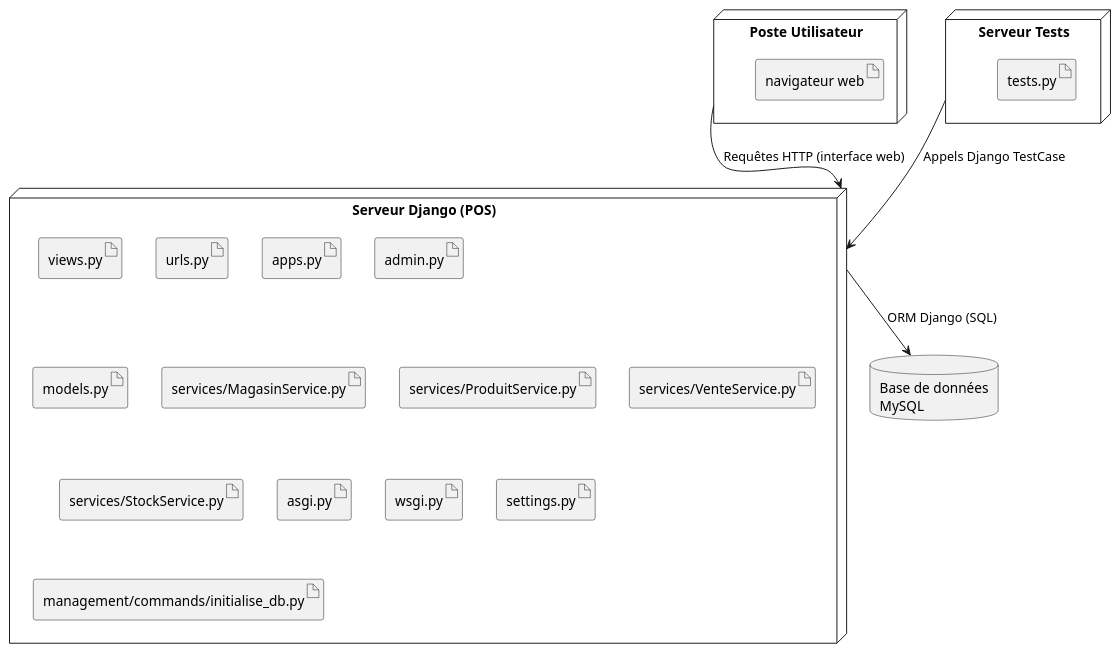
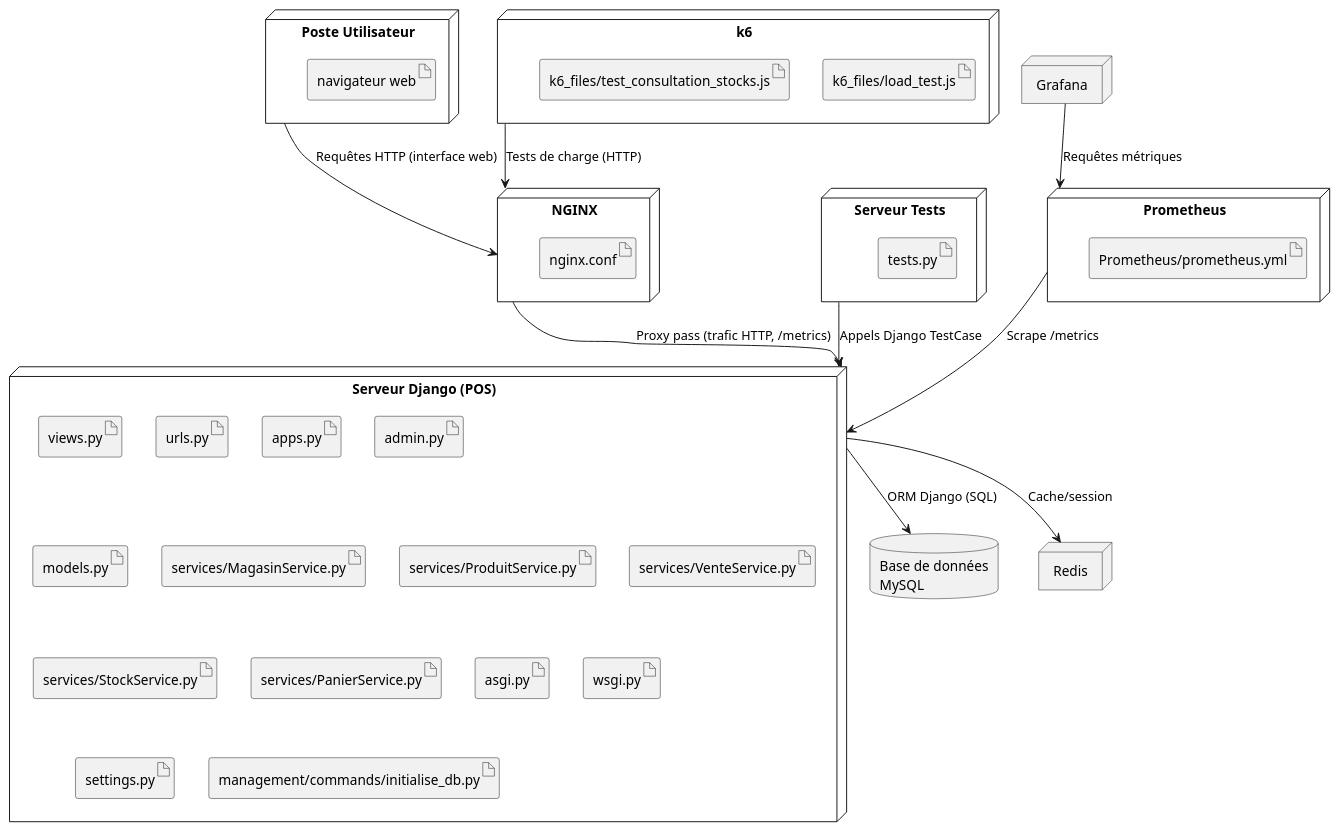
The diagram in docs/UML/VueDeploiement.puml (DylannFontus/Lab0_Log430), drawn with PlantUML before and after one commit. The commit also changed 26 other files, not shown here.

```diff
--- a/docs/UML/VueDeploiement.puml
+++ b/docs/UML/VueDeploiement.puml
@@ -1,33 +1,56 @@
 @startuml
 
 node "Poste Utilisateur" as client {
     artifact "navigateur web"
+}
+
+node "NGINX" as nginx {
+    artifact "nginx.conf"
 }
 
 node "Serveur Django (POS)" as app {
     artifact "views.py"
     artifact "urls.py"
     artifact "apps.py"
     artifact "admin.py"
     artifact "models.py"
     artifact "services/MagasinService.py"
     artifact "services/ProduitService.py"
     artifact "services/VenteService.py"
     artifact "services/StockService.py"
+    artifact "services/PanierService.py"
     artifact "asgi.py"
     artifact "wsgi.py"
     artifact "settings.py"
     artifact "management/commands/initialise_db.py"
 }
 
 node "Serveur Tests" as test {
     artifact "tests.py"
 }
 
 database "Base de données\nMySQL" as db
 
-client --> app : Requêtes HTTP (interface web)
+node "Prometheus" as prometheus {
+    artifact "Prometheus/prometheus.yml"
+}
+
+node "Grafana" as grafana
+
+node "Redis" as redis
+
+node "k6" as k6 {
+    artifact "k6_files/load_test.js"
+    artifact "k6_files/test_consultation_stocks.js"
+}
+
+client --> nginx : Requêtes HTTP (interface web)
+nginx --> app : Proxy pass (trafic HTTP, /metrics)
 app --> db : ORM Django (SQL)
+app --> redis : Cache/session
 test --> app : Appels Django TestCase
+prometheus --> app : Scrape /metrics
+grafana --> prometheus : Requêtes métriques
+k6 --> nginx : Tests de charge (HTTP)
 
 @enduml
```
